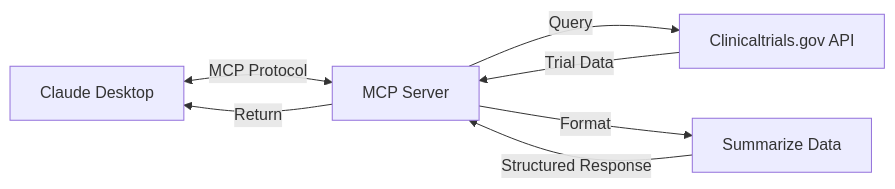
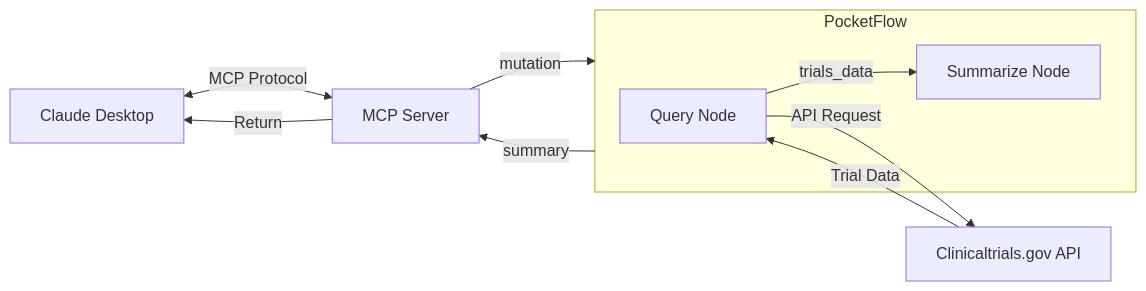
Before and after one commit to pickleton89/mutation-clinical-trial-matching-mcp: the diagram in README.md, drawn with Mermaid. The commit also changed other lines of this file and 5 other files, not shown here.

````diff
--- a/README.md
+++ b/README.md
@@ -13,9 +13,14 @@
 ```mermaid
 flowchart LR
     Claude[Claude Desktop] <-->|MCP Protocol| Server[MCP Server]
-    Server -->|Query| API[Clinicaltrials.gov API]
-    API -->|Trial Data| Server
-    Server -->|Format| Summary[Summarize Data]
-    Summary -->|Structured Response| Server
+    
+    subgraph Flow[PocketFlow]
+        QueryNode[Query Node] -->|trials_data| SummarizeNode[Summarize Node]
+    end
+    
+    Server -->|mutation| Flow
+    QueryNode -->|API Request| API[Clinicaltrials.gov API]
+    API -->|Trial Data| QueryNode
+    Flow -->|summary| Server
     Server -->|Return| Claude
 ```
````
